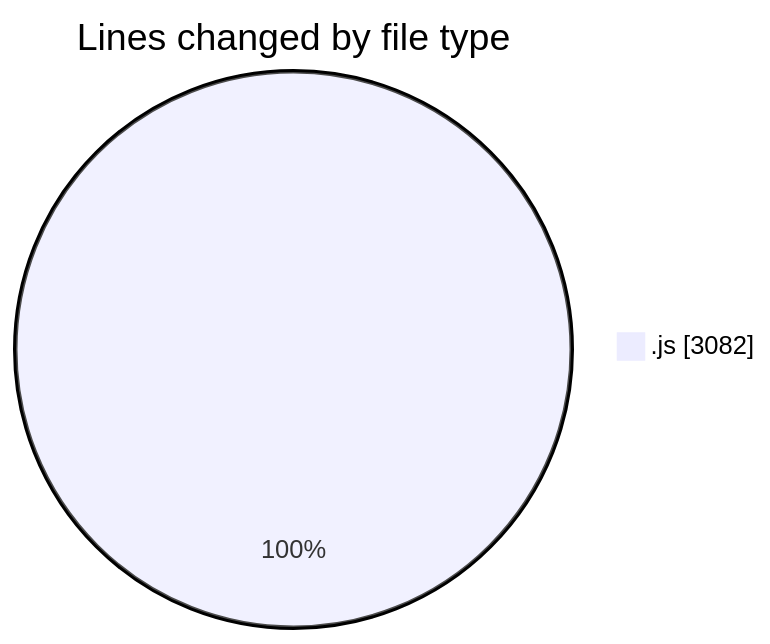
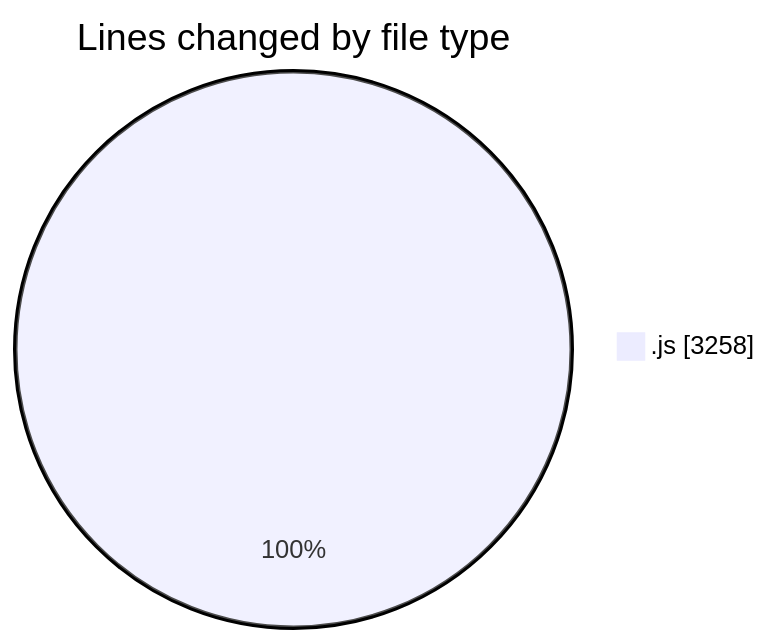
One commit to nxtqubesakshisongat/code-tracking changed the first of 2 diagrams in 2025-09-02/nxtqube_webapp/README.md. Above: the diagram before and after it, drawn with Mermaid. The commit also changed other lines of this file and 1 other file, not shown here.

````diff
--- a/2025-09-02/nxtqube_webapp/README.md
+++ b/2025-09-02/nxtqube_webapp/README.md
@@ -20,5 +20,5 @@
 ```mermaid
 pie showData
 title Lines changed by file type
-".js" : 3082
+".js" : 3258
 ```
````
